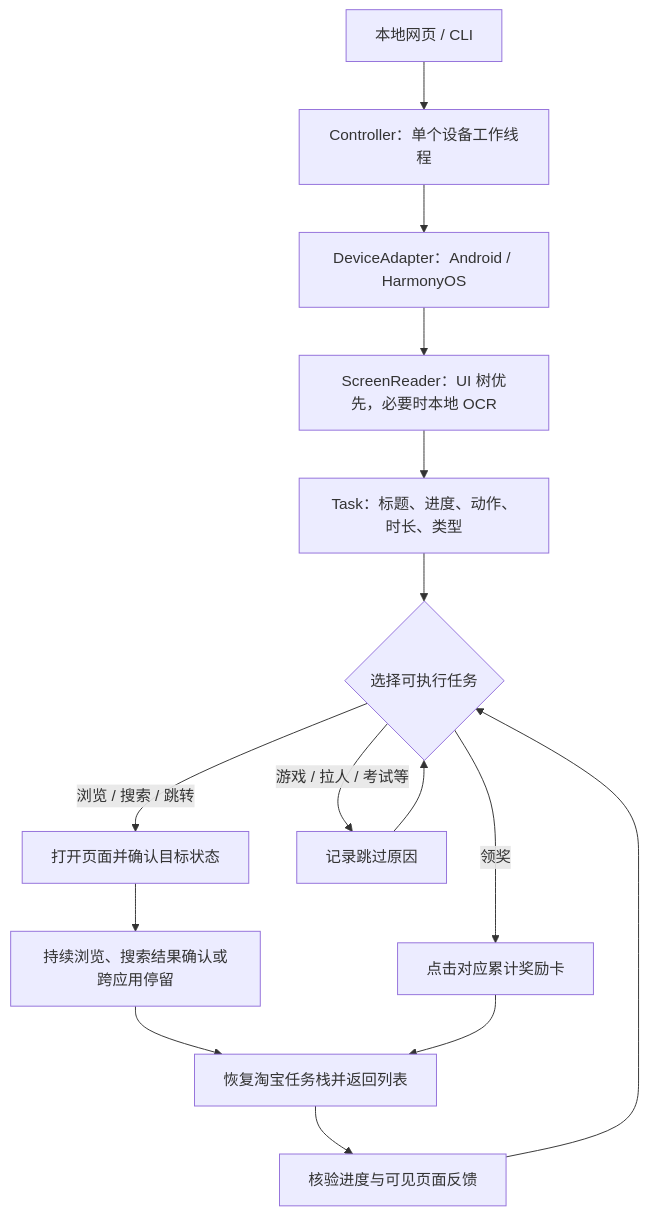
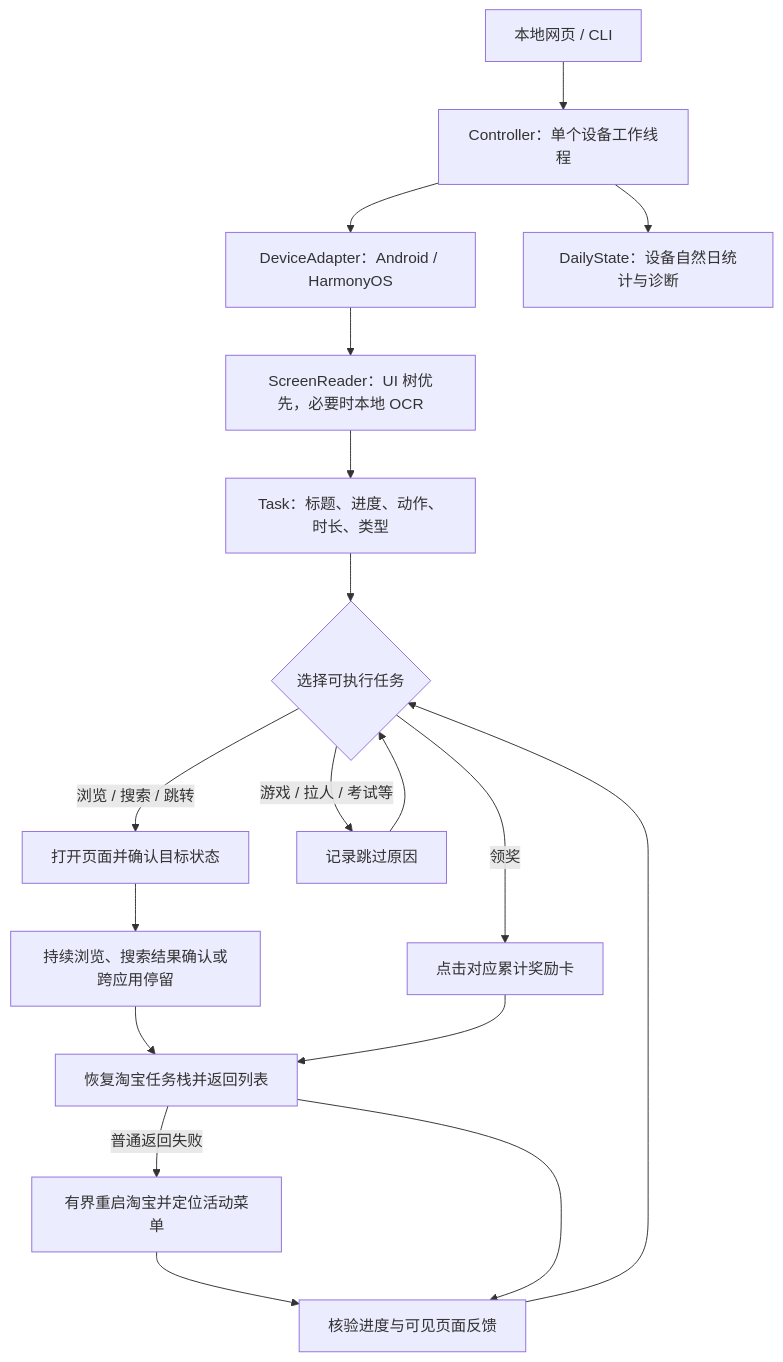
The diagram in docs/ARCHITECTURE.md (Chilzen-dyj/MiaoTask), drawn with Mermaid before and after one commit. The commit also changed other lines of this file and 28 other files, not shown here.

````diff
--- a/docs/ARCHITECTURE.md
+++ b/docs/ARCHITECTURE.md
@@ -23,17 +23,20 @@
 ```mermaid
 flowchart TD
     UI[本地网页 / CLI] --> C[Controller：单个设备工作线程]
     C --> D[DeviceAdapter：Android / HarmonyOS]
+    C --> P[DailyState：设备自然日统计与诊断]
     D --> R[ScreenReader：UI 树优先，必要时本地 OCR]
     R --> T[Task：标题、进度、动作、时长、类型]
     T --> S{选择可执行任务}
     S -->|领奖| Q[点击对应累计奖励卡]
     S -->|浏览 / 搜索 / 跳转| E[打开页面并确认目标状态]
     S -->|游戏 / 拉人 / 考试等| K[记录跳过原因]
     E --> B[持续浏览、搜索结果确认或跨应用停留]
     B --> A[恢复淘宝任务栈并返回列表]
+    A -->|普通返回失败| F[有界重启淘宝并定位活动菜单]
+    F --> V
     Q --> A
     A --> V[核验进度与可见页面反馈]
     V --> S
     K --> S
 ```
````
